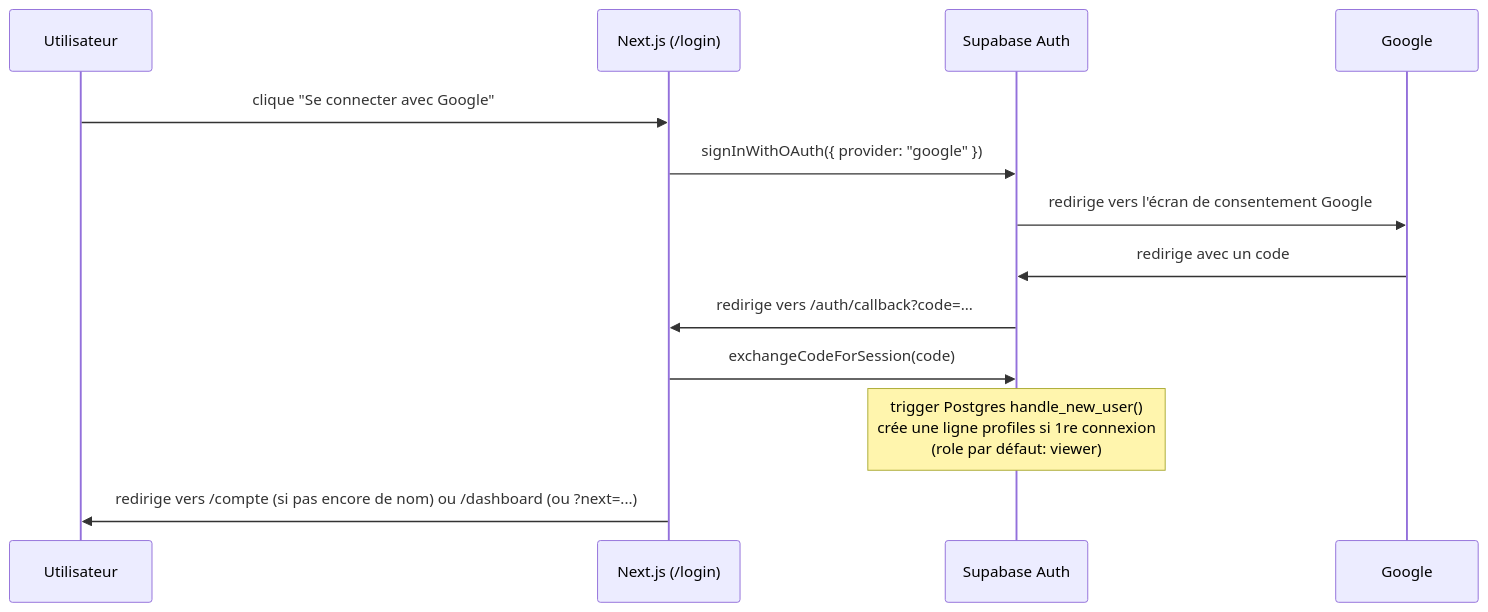
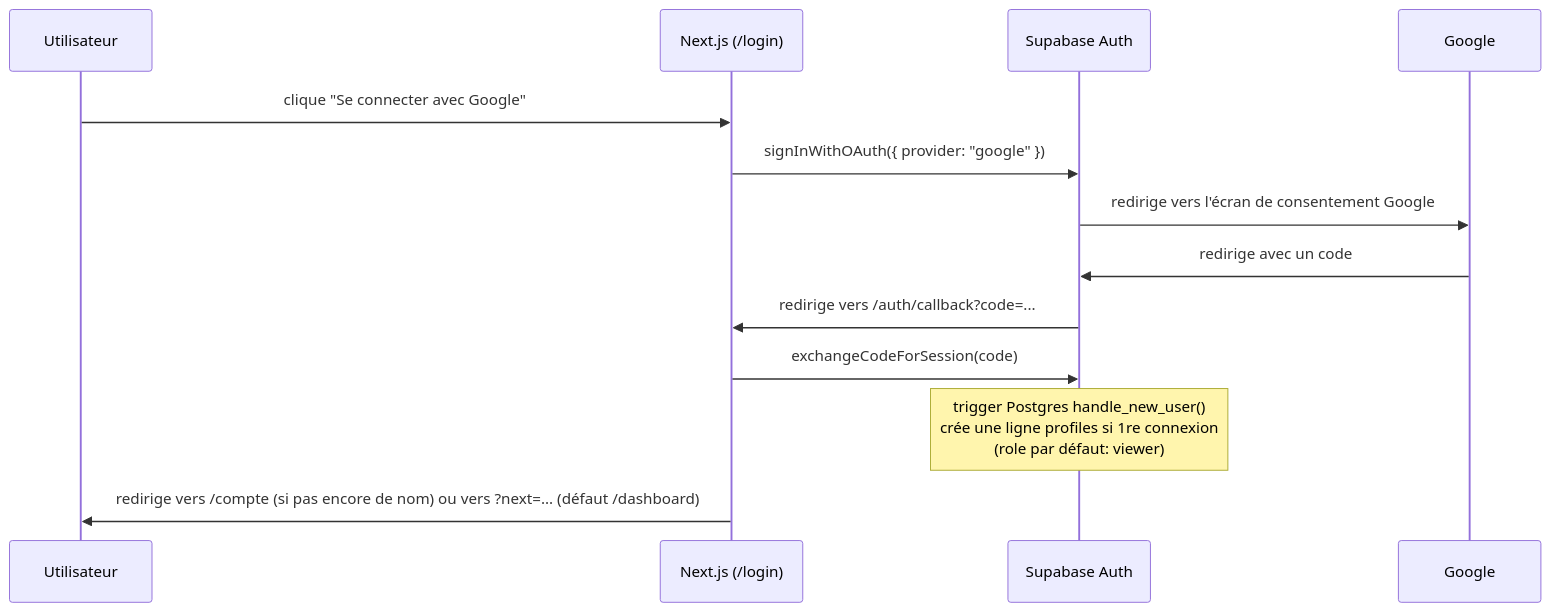
The diagram in docs/auth.md (ahmadgueye/taalib), drawn with Mermaid before and after one commit. The commit also changed other lines of this file and 9 other files, not shown here.

````diff
--- a/docs/auth.md
+++ b/docs/auth.md
@@ -9,16 +9,16 @@
 ```mermaid
 sequenceDiagram
     participant U as Utilisateur
     participant App as Next.js (/login)
     participant SB as Supabase Auth
     participant G as Google
 
     U->>App: clique "Se connecter avec Google"
     App->>SB: signInWithOAuth({ provider: "google" })
     SB->>G: redirige vers l'écran de consentement Google
     G->>SB: redirige avec un code
     SB->>App: redirige vers /auth/callback?code=...
     App->>SB: exchangeCodeForSession(code)
     Note over SB: trigger Postgres handle_new_user()<br/>crée une ligne profiles si 1re connexion<br/>(role par défaut: viewer)
-    App->>U: redirige vers /compte (si pas encore de nom) ou /dashboard (ou ?next=...)
+    App->>U: redirige vers /compte (si pas encore de nom) ou vers ?next=... (défaut /dashboard)
 ```
````
